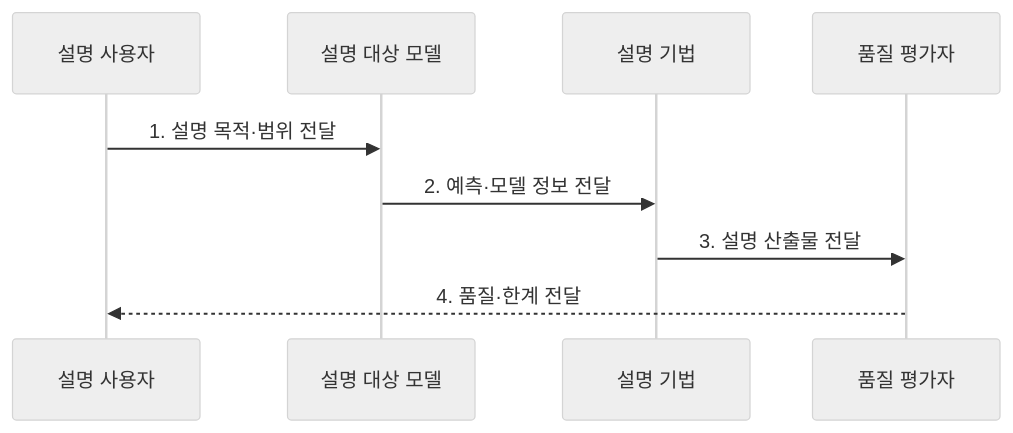
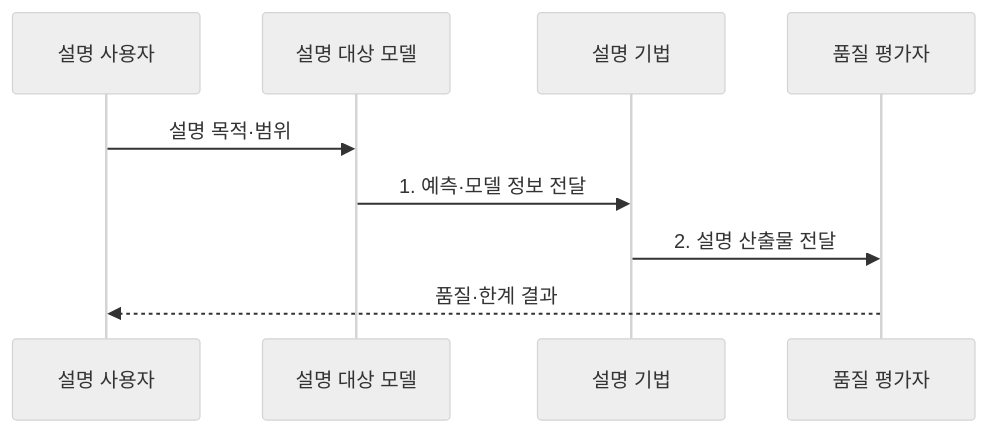
One commit to agnusdei1207/knowledge-base changed the second of 2 diagrams in src/content/docs/notes/08-latest-tech/104_explainable_ai.md. Above: the diagram before and after it, drawn with Mermaid (neutral theme). The commit also changed other lines of this file and 225 other files, not shown here.

````diff
--- a/src/content/docs/notes/08-latest-tech/104_explainable_ai.md
+++ b/src/content/docs/notes/08-latest-tech/104_explainable_ai.md
@@ -75,11 +75,11 @@
 ```mermaid
 sequenceDiagram
     participant U as 설명 사용자
     participant M as 설명 대상 모델
     participant X as 설명 기법
     participant E as 품질 평가자
-    U->>M: 1. 설명 목적·범위 전달
-    M->>X: 2. 예측·모델 정보 전달
-    X->>E: 3. 설명 산출물 전달
-    E-->>U: 4. 품질·한계 전달
+    U->>M: 설명 목적·범위
+    M->>X: 1. 예측·모델 정보 전달
+    X->>E: 2. 설명 산출물 전달
+    E-->>U: 품질·한계 결과
 ```
````
